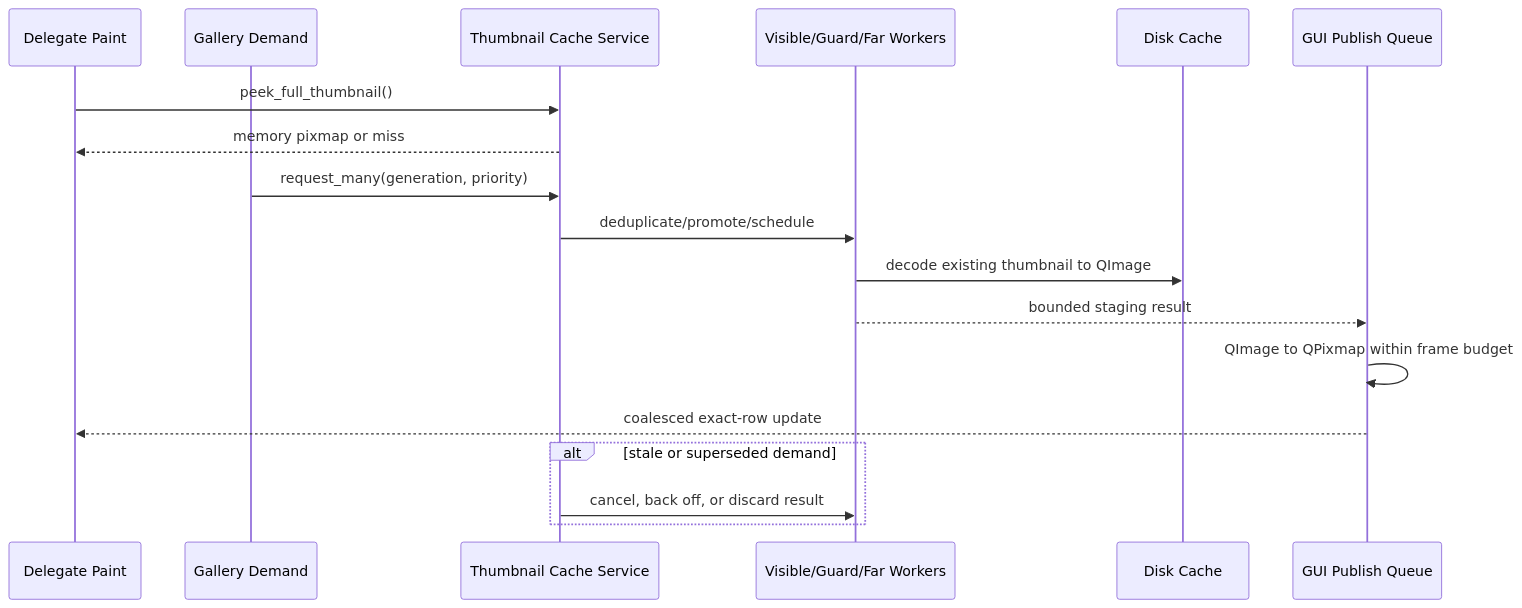
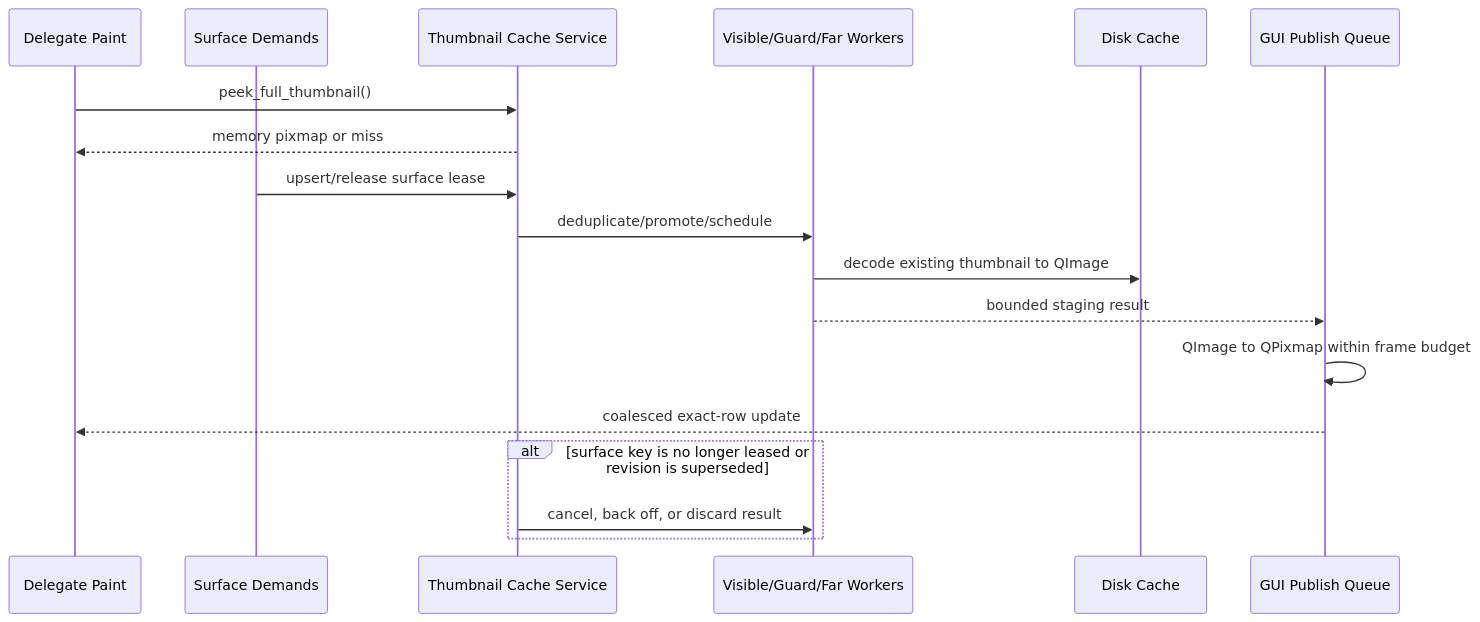
One commit to OliverZhaohaibin/iPhotron-LocalPhotoAlbumManager changed the seventh of 7 diagrams in docs/architecture.md. Above: the diagram before and after it, drawn with Mermaid. The commit also changed other lines of this file and 23 other files, not shown here.

Commit message:
Fix filmstrip multi-surface thumbnail demand

````diff
--- a/docs/architecture.md
+++ b/docs/architecture.md
@@ -561,21 +566,21 @@
 ```mermaid
 sequenceDiagram
     participant Paint as Delegate Paint
-    participant Demand as Gallery Demand
+    participant Demand as Surface Demands
     participant Thumb as Thumbnail Cache Service
     participant Worker as Visible/Guard/Far Workers
     participant L2 as Disk Cache
     participant GUI as GUI Publish Queue
 
     Paint->>Thumb: peek_full_thumbnail()
     Thumb-->>Paint: memory pixmap or miss
-    Demand->>Thumb: request_many(generation, priority)
+    Demand->>Thumb: upsert/release surface lease
     Thumb->>Worker: deduplicate/promote/schedule
     Worker->>L2: decode existing thumbnail to QImage
     Worker-->>GUI: bounded staging result
     GUI->>GUI: QImage to QPixmap within frame budget
     GUI-->>Paint: coalesced exact-row update
-    alt stale or superseded demand
+    alt surface key is no longer leased or revision is superseded
         Thumb->>Worker: cancel, back off, or discard result
     end
 ```
````
